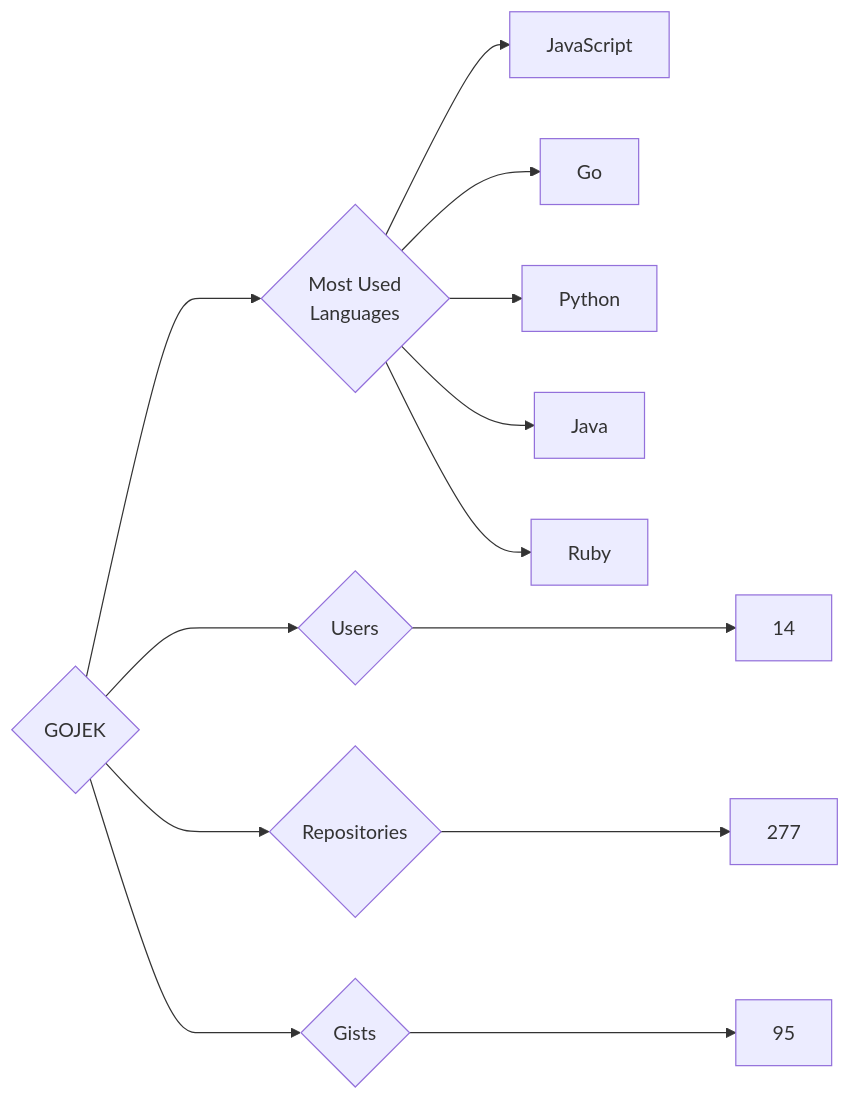
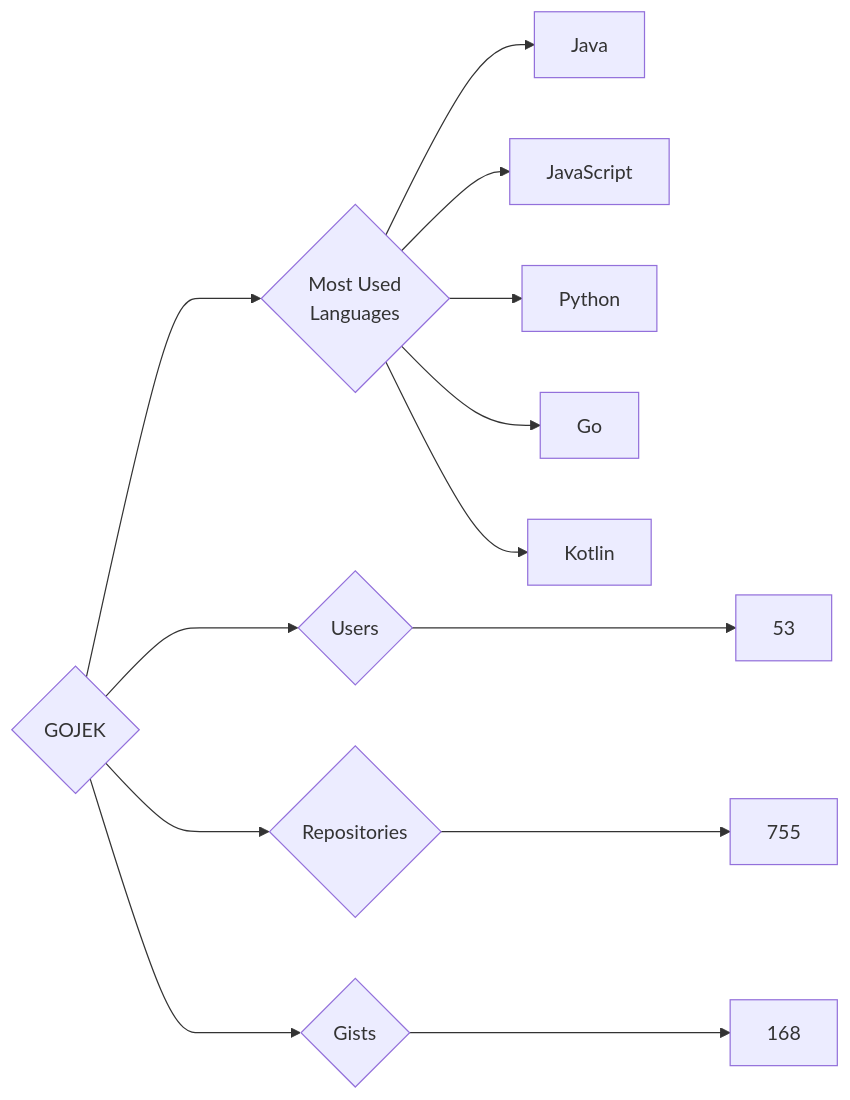
One commit to trickest/insiders changed the diagram in targets/GOJEK/README.md. Above: the diagram before and after it, drawn with Mermaid. The commit also changed 545 other files, not shown here.

````diff
--- a/targets/GOJEK/README.md
+++ b/targets/GOJEK/README.md
@@ -3,13 +3,13 @@
 ```mermaid
 graph LR
 COMPANY_NAME{GOJEK}
-COMPANY_NAME ---> U{Users} ---> UN[14]
-COMPANY_NAME ---> R{Repositories} ---> RN[277]
-COMPANY_NAME ---> G{Gists} ---> GN[95]
+COMPANY_NAME ---> U{Users} ---> UN[53]
+COMPANY_NAME ---> R{Repositories} ---> RN[755]
+COMPANY_NAME ---> G{Gists} ---> GN[168]
 COMPANY_NAME ---> ML{Most Used<br>Languages}
+ML --> Java[Java]
 ML --> JavaScript[JavaScript]
+ML --> Python[Python]
 ML --> Go[Go]
-ML --> Python[Python]
-ML --> Java[Java]
-ML --> Ruby[Ruby]
+ML --> Kotlin[Kotlin]
 ```
````
